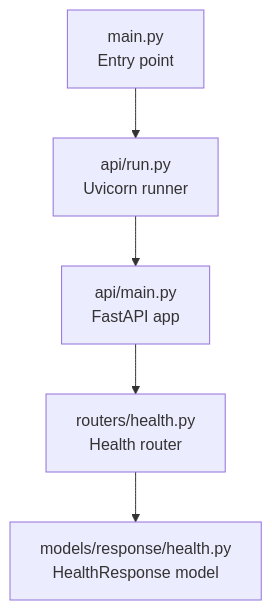
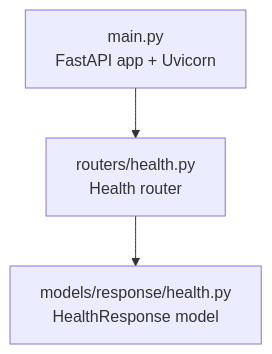
One commit to tashifkhan/tashif.codes changed the first of 3 diagrams in src/data/docs/agentic-browser/API Server/Health and Monitoring API.md. Above: the diagram before and after it, drawn with Mermaid. The commit also changed other lines of this file and 2128 other files, not shown here.

First line of the commit message:
docs: replace raster diagram images with native Mermaid across project guides

````diff
--- a/src/data/docs/agentic-browser/API Server/Health and Monitoring API.md
+++ b/src/data/docs/agentic-browser/API Server/Health and Monitoring API.md
@@ -9,7 +9,5 @@
 ```mermaid
 graph TB
-A["main.py<br/>Entry point"] --> B["api/run.py<br/>Uvicorn runner"]
-B --> C["api/main.py<br/>FastAPI app"]
-C --> D["routers/health.py<br/>Health router"]
+A["main.py<br/>FastAPI app + Uvicorn"] --> D["routers/health.py<br/>Health router"]
 D --> E["models/response/health.py<br/>HealthResponse model"]
 ```
````
